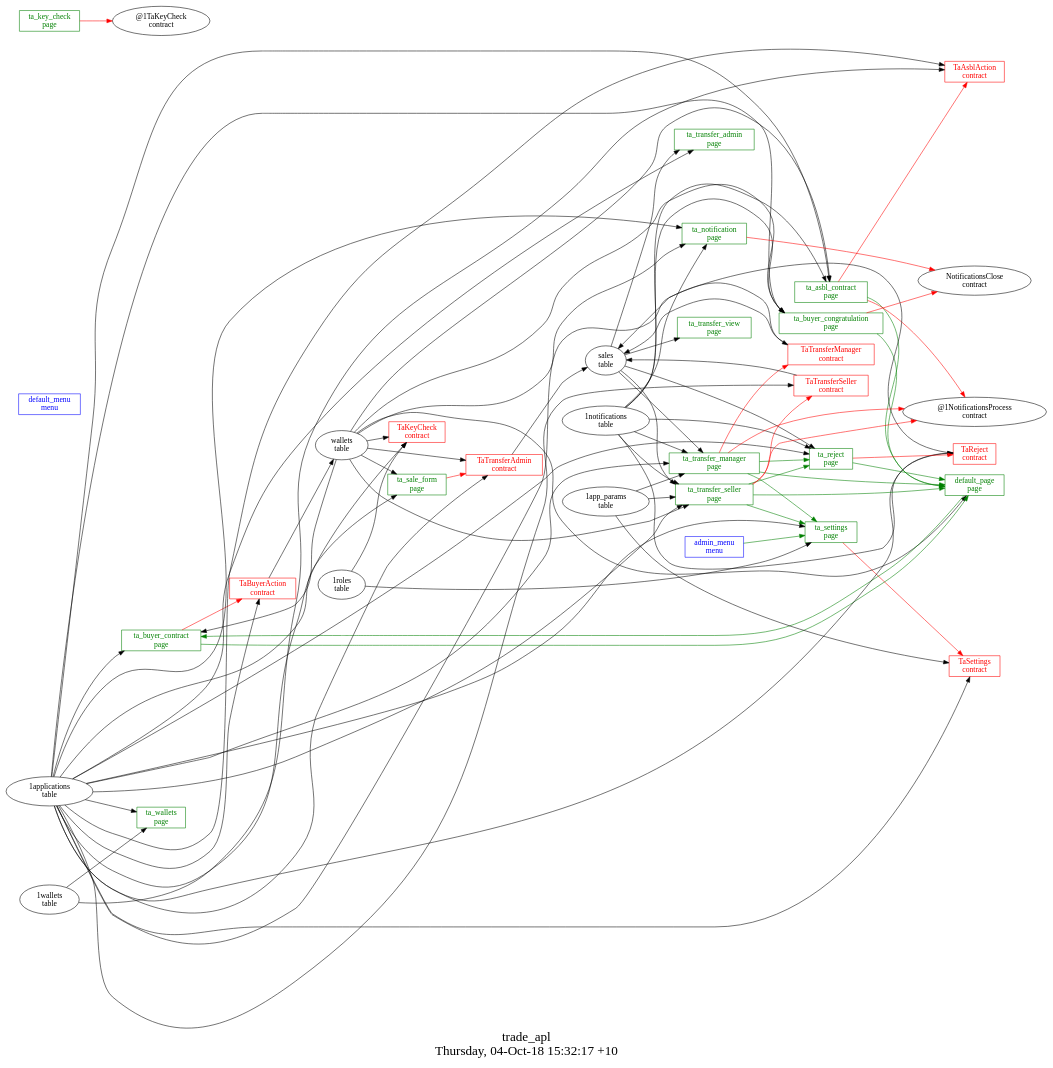
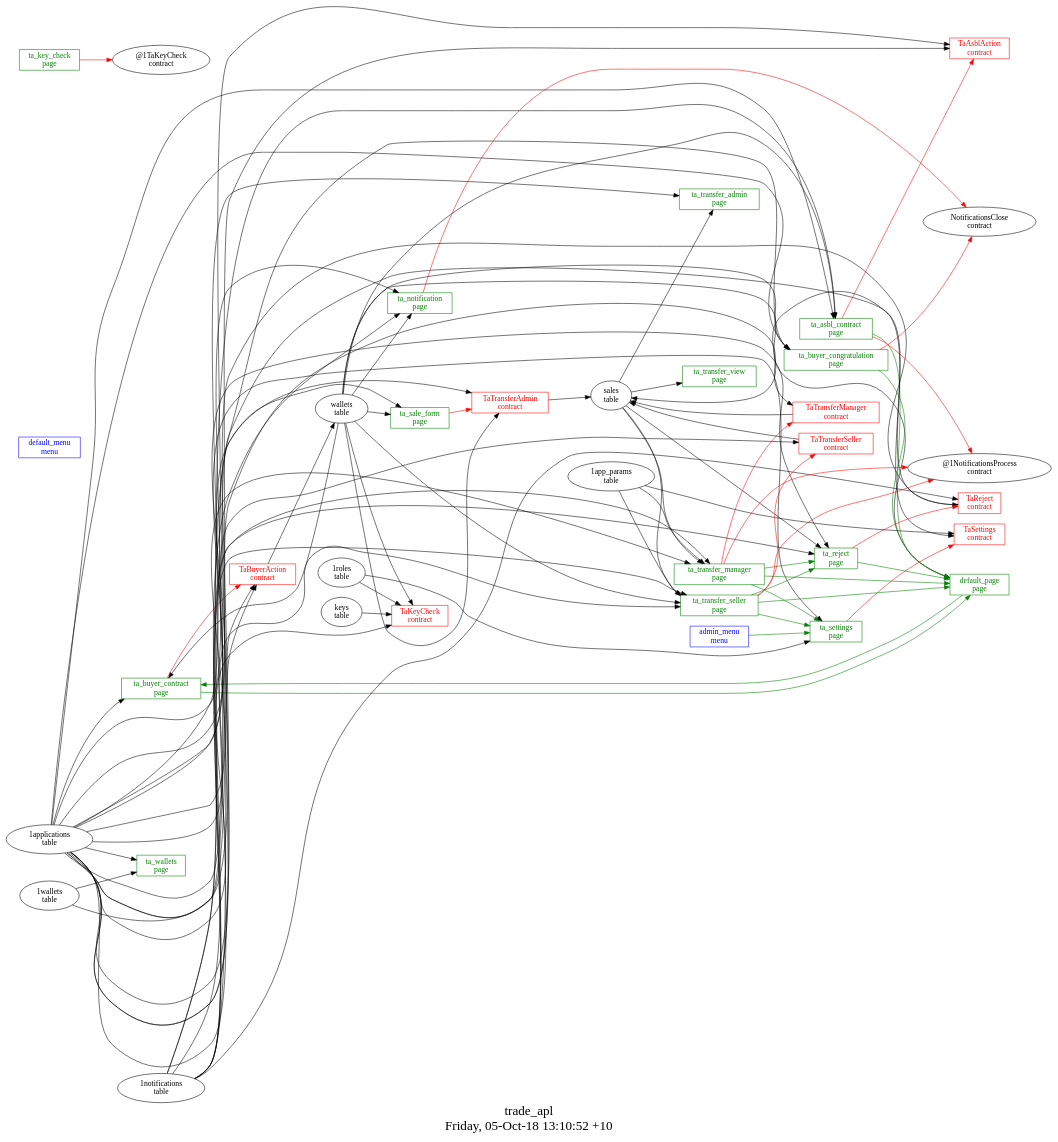
One commit to AplaProject/apps changed the diagram in other/trade_apl/struct.dot. Above: the diagram before and after it, drawn with Graphviz. The commit also changed 8 other files, not shown here.

Commit message:
Fixed trade_apl

```diff
--- a/other/trade_apl/struct.dot
+++ b/other/trade_apl/struct.dot
@@ -1,111 +1,113 @@
 digraph G {
 fontsize="24";
-label="trade_apl\nThursday, 04-Oct-18 15:32:17 +10";
+label="trade_apl\nFriday, 05-Oct-18 13:10:52 +10";
 nojustify=true;
 ordering=out;
 rankdir=LR;
 size="30";
 "admin_menu\nmenu" -> "ta_settings\npage"  [ color=green ]
 "admin_menu\nmenu" [color=blue, fontcolor=blue, group=menus, shape=record];
 "default_menu\nmenu" [color=blue, fontcolor=blue, group=menus, shape=record];
 "wallets\ntable" -> "default_page\npage"
 "default_page\npage" -> "ta_buyer_contract\npage"  [ color=green ]
 "default_page\npage" [color=green, fontcolor=green, group=pages, shape=record];
 "ta_asbl_contract\npage" -> "TaAsblAction\ncontract"  [ color=red ]
 "ta_asbl_contract\npage" -> "@1NotificationsProcess\ncontract"  [ color=red ]
 "1applications\ntable" -> "ta_asbl_contract\npage"
 "1notifications\ntable" -> "ta_asbl_contract\npage"
 "wallets\ntable" -> "ta_asbl_contract\npage"
 "ta_asbl_contract\npage" -> "default_page\npage"  [ color=green ]
 "ta_asbl_contract\npage" [color=green, fontcolor=green, group=pages, shape=record];
 "ta_buyer_congratulation\npage" -> "NotificationsClose\ncontract"  [ color=red ]
 "1applications\ntable" -> "ta_buyer_congratulation\npage"
 "1notifications\ntable" -> "ta_buyer_congratulation\npage"
 "wallets\ntable" -> "ta_buyer_congratulation\npage"
 "ta_buyer_congratulation\npage" -> "default_page\npage"  [ color=green ]
 "ta_buyer_congratulation\npage" [color=green, fontcolor=green, group=pages, shape=record];
 "ta_buyer_contract\npage" -> "TaBuyerAction\ncontract"  [ color=red ]
 "1applications\ntable" -> "ta_buyer_contract\npage"
 "wallets\ntable" -> "ta_buyer_contract\npage"
 "ta_buyer_contract\npage" -> "default_page\npage"  [ color=green ]
 "ta_buyer_contract\npage" [color=green, fontcolor=green, group=pages, shape=record];
 "ta_key_check\npage" -> "@1TaKeyCheck\ncontract"  [ color=red ]
 "ta_key_check\npage" [color=green, fontcolor=green, group=pages, shape=record];
 "ta_notification\npage" -> "NotificationsClose\ncontract"  [ color=red ]
 "1applications\ntable" -> "ta_notification\npage"
 "1notifications\ntable" -> "ta_notification\npage"
 "wallets\ntable" -> "ta_notification\npage"
 "ta_notification\npage" [color=green, fontcolor=green, group=pages, shape=record];
 "ta_reject\npage" -> "TaReject\ncontract"  [ color=red ]
 "1applications\ntable" -> "ta_reject\npage"
 "1notifications\ntable" -> "ta_reject\npage"
 "sales\ntable" -> "ta_reject\npage"
 "ta_reject\npage" -> "default_page\npage"  [ color=green ]
 "ta_reject\npage" [color=green, fontcolor=green, group=pages, shape=record];
 "ta_sale_form\npage" -> "TaTransferAdmin\ncontract"  [ color=red ]
 "1applications\ntable" -> "ta_sale_form\npage"
 "wallets\ntable" -> "ta_sale_form\npage"
 "ta_sale_form\npage" [color=green, fontcolor=green, group=pages, shape=record];
 "ta_settings\npage" -> "TaSettings\ncontract"  [ color=red ]
 "1applications\ntable" -> "ta_settings\npage"
 "1roles\ntable" -> "ta_settings\npage"
 "ta_settings\npage" [color=green, fontcolor=green, group=pages, shape=record];
 "1applications\ntable" -> "ta_transfer_admin\npage"
 "sales\ntable" -> "ta_transfer_admin\npage"
 "ta_transfer_admin\npage" [color=green, fontcolor=green, group=pages, shape=record];
 "ta_transfer_manager\npage" -> "TaTransferManager\ncontract"  [ color=red ]
 "ta_transfer_manager\npage" -> "@1NotificationsProcess\ncontract"  [ color=red ]
 "1applications\ntable" -> "ta_transfer_manager\npage"
 "1notifications\ntable" -> "ta_transfer_manager\npage"
 "sales\ntable" -> "ta_transfer_manager\npage"
 "1app_params\ntable" -> "ta_transfer_manager\npage"
 "ta_transfer_manager\npage" -> "ta_reject\npage"  [ color=green ]
 "ta_transfer_manager\npage" -> "default_page\npage"  [ color=green ]
 "ta_transfer_manager\npage" -> "ta_settings\npage"  [ color=green ]
 "ta_transfer_manager\npage" [color=green, fontcolor=green, group=pages, shape=record];
 "ta_transfer_seller\npage" -> "TaTransferSeller\ncontract"  [ color=red ]
 "ta_transfer_seller\npage" -> "@1NotificationsProcess\ncontract"  [ color=red ]
 "1applications\ntable" -> "ta_transfer_seller\npage"
 "1notifications\ntable" -> "ta_transfer_seller\npage"
 "sales\ntable" -> "ta_transfer_seller\npage"
 "wallets\ntable" -> "ta_transfer_seller\npage"
 "1app_params\ntable" -> "ta_transfer_seller\npage"
 "ta_transfer_seller\npage" -> "ta_reject\npage"  [ color=green ]
 "ta_transfer_seller\npage" -> "default_page\npage"  [ color=green ]
 "ta_transfer_seller\npage" -> "ta_settings\npage"  [ color=green ]
 "ta_transfer_seller\npage" [color=green, fontcolor=green, group=pages, shape=record];
 "sales\ntable" -> "ta_transfer_view\npage"
 "ta_transfer_view\npage" [color=green, fontcolor=green, group=pages, shape=record];
 "1applications\ntable" -> "ta_wallets\npage"
 "1wallets\ntable" -> "ta_wallets\npage"
 "ta_wallets\npage" [color=green, fontcolor=green, group=pages, shape=record];
 "1applications\ntable" -> "TaAsblAction\ncontract"
 "1wallets\ntable" -> "TaAsblAction\ncontract"
 "TaAsblAction\ncontract" [color=red, fontcolor=red, group=contracts, shape=record];
 "TaBuyerAction\ncontract" -> "wallets\ntable"  [ color="" ]
 "1applications\ntable" -> "TaBuyerAction\ncontract"
+"1notifications\ntable" -> "TaBuyerAction\ncontract"
 "TaBuyerAction\ncontract" [color=red, fontcolor=red, group=contracts, shape=record];
 "wallets\ntable" -> "TaKeyCheck\ncontract"
+"keys\ntable" -> "TaKeyCheck\ncontract"
 "1applications\ntable" -> "TaKeyCheck\ncontract"
 "1roles\ntable" -> "TaKeyCheck\ncontract"
 "TaKeyCheck\ncontract" [color=red, fontcolor=red, group=contracts, shape=record];
 "TaReject\ncontract" -> "sales\ntable"  [ color="" ]
 "1applications\ntable" -> "TaReject\ncontract"
 "1notifications\ntable" -> "TaReject\ncontract"
 "TaReject\ncontract" [color=red, fontcolor=red, group=contracts, shape=record];
 "1applications\ntable" -> "TaSettings\ncontract"
 "1app_params\ntable" -> "TaSettings\ncontract"
 "TaSettings\ncontract" [color=red, fontcolor=red, group=contracts, shape=record];
 "TaTransferAdmin\ncontract" -> "sales\ntable"  [ color="" ]
 "1applications\ntable" -> "TaTransferAdmin\ncontract"
 "wallets\ntable" -> "TaTransferAdmin\ncontract"
 "TaTransferAdmin\ncontract" [color=red, fontcolor=red, group=contracts, shape=record];
 "TaTransferManager\ncontract" -> "sales\ntable"  [ color="" ]
 "1applications\ntable" -> "TaTransferManager\ncontract"
 "TaTransferManager\ncontract" [color=red, fontcolor=red, group=contracts, shape=record];
 "TaTransferSeller\ncontract" -> "sales\ntable"  [ color="" ]
 "1applications\ntable" -> "TaTransferSeller\ncontract"
 "TaTransferSeller\ncontract" [color=red, fontcolor=red, group=contracts, shape=record];
 "sales\ntable" [color="", fontcolor="", group=tables, shape=""];
 "wallets\ntable" [color="", fontcolor="", group=tables, shape=""];
 }
```
